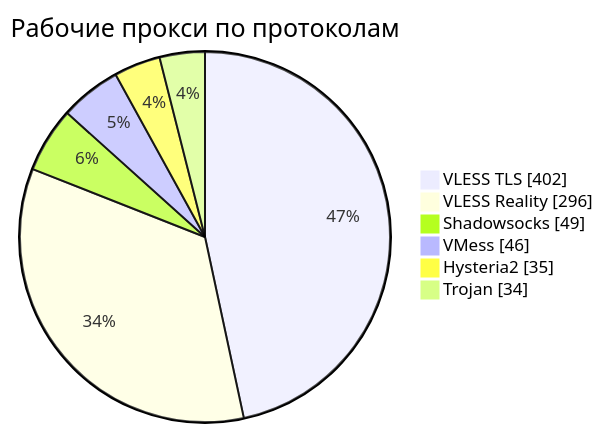
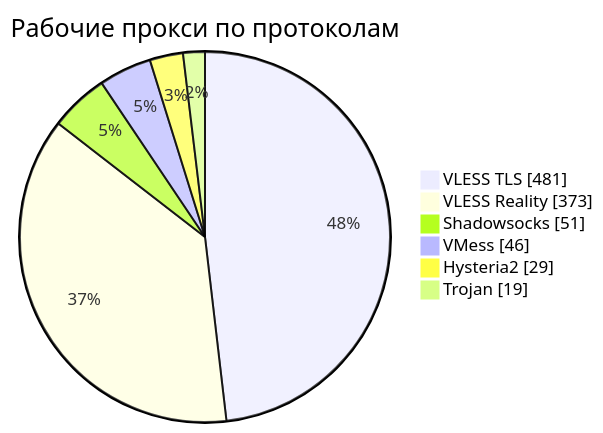
The third of 4 diagrams in README.md (rvvg/proxy-subs), drawn with Mermaid before and after one commit. The commit also changed other lines of this file and 53 other files, not shown here.

````diff
--- a/README.md
+++ b/README.md
@@ -143,10 +138,10 @@
 ```mermaid
 pie showData
     title Рабочие прокси по протоколам
-    "VLESS TLS" : 402
-    "VLESS Reality" : 296
-    "Shadowsocks" : 49
+    "VLESS TLS" : 481
+    "VLESS Reality" : 373
+    "Shadowsocks" : 51
     "VMess" : 46
-    "Hysteria2" : 35
-    "Trojan" : 34
+    "Hysteria2" : 29
+    "Trojan" : 19
 ```
````
